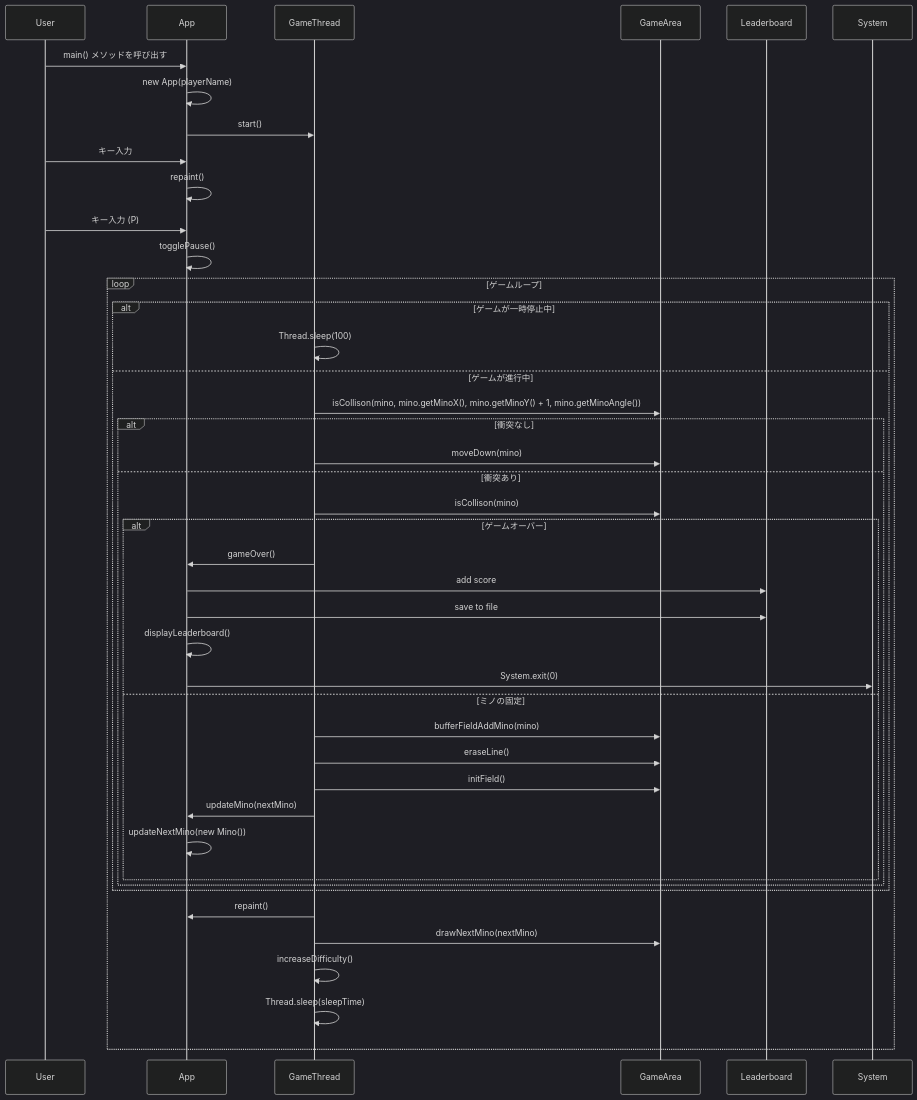
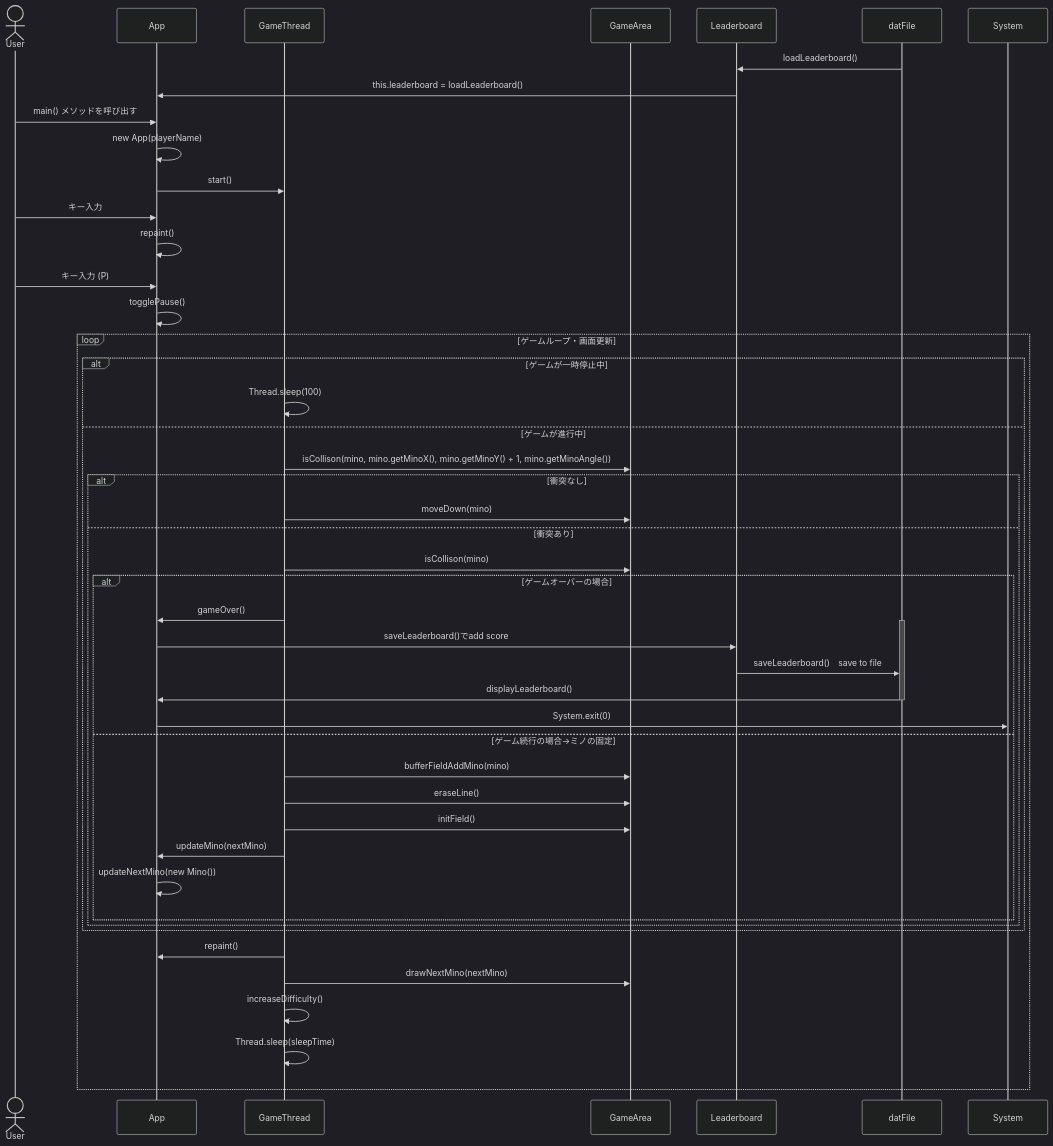
The diagram in sequenceDiagram.md (keigo66/teamB_TETRIS), drawn with Mermaid (dark theme) before and after one commit.

````diff
--- a/sequenceDiagram.md
+++ b/sequenceDiagram.md
@@ -1,54 +1,60 @@
 ```mermaid
 
 sequenceDiagram
-    participant User
+    Actor User
     participant App
     participant GameThread
     participant GameArea
     participant Leaderboard
+    participant datFile
 
     %% ゲーム開始
+    datFile ->>Leaderboard :loadLeaderboard()
+    Leaderboard ->>App :this.leaderboard = loadLeaderboard()
     User->>App: main() メソッドを呼び出す
     App->>App: new App(playerName)
     App->>GameThread: start()
 
     %% ミノの操作
     User->>App: キー入力
     App->>App: repaint()
 
 
     %% 一時停止
     User->>App: キー入力 (P)
     App->>App: togglePause()
 
     %% ゲームスレッドの処理
-    loop ゲームループ
+    loop ゲームループ・画面更新
         alt ゲームが一時停止中
             GameThread->>GameThread: Thread.sleep(100)
         else ゲームが進行中
             GameThread->>GameArea: isCollison(mino, mino.getMinoX(), mino.getMinoY() + 1, mino.getMinoAngle())
             alt 衝突なし
                 GameThread->>GameArea: moveDown(mino)
             else 衝突あり
                 GameThread->>GameArea: isCollison(mino)
-                alt ゲームオーバー
+                alt ゲームオーバーの場合
                     GameThread->>App: gameOver()
-                    App->>Leaderboard: add score
-                    App->>Leaderboard: save to file
-                    App->>App: displayLeaderboard()
+                    Activate datFile
+                    App->>Leaderboard: saveLeaderboard()でadd score　
+                    Leaderboard->>datFile :saveLeaderboard()　save to file
+                    
+                    datFile->>App: displayLeaderboard()
+                    deactivate datFile
                     App->>System: System.exit(0)
-                else ミノの固定
+                else ゲーム続行の場合→ミノの固定
                     GameThread->>GameArea: bufferFieldAddMino(mino)
                     GameThread->>GameArea: eraseLine()
                     GameThread->>GameArea: initField()
                     GameThread->>App: updateMino(nextMino)
                     App->>App: updateNextMino(new Mino())
                 end
             end
         end
         GameThread->>App: repaint()
         GameThread->>GameArea: drawNextMino(nextMino)
         GameThread->>GameThread: increaseDifficulty()
         GameThread->>GameThread: Thread.sleep(sleepTime)
     end
 ```
````
